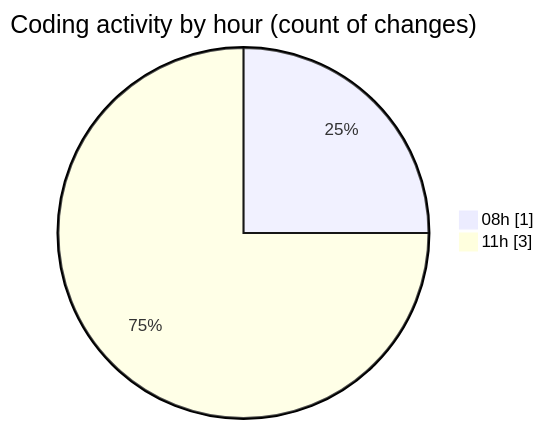
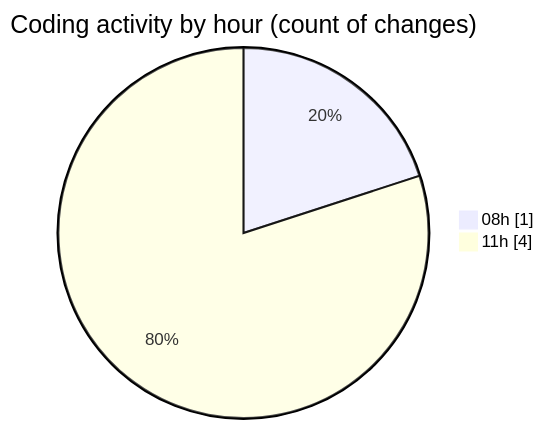
One commit to LanceThiago/code-tracking changed the second of 2 diagrams in 2026-01-26/smto/README.md. Above: the diagram before and after it, drawn with Mermaid. The commit also changed other lines of this file and 1 other file, not shown here.

````diff
--- a/2026-01-26/smto/README.md
+++ b/2026-01-26/smto/README.md
@@ -30,6 +30,6 @@
 ```mermaid
 pie showData
 title Coding activity by hour (count of changes)
 "08h" : 1
-"11h" : 3
+"11h" : 4
 ```
````
